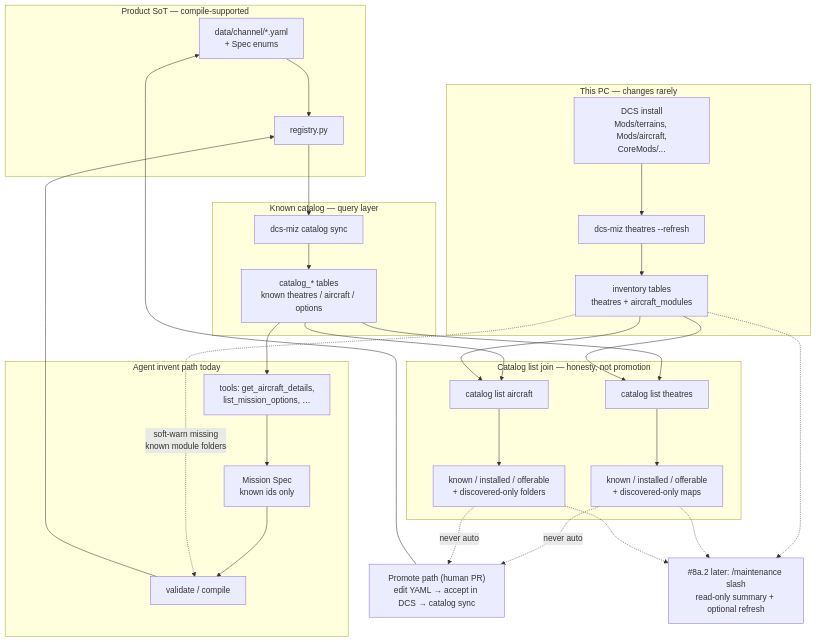
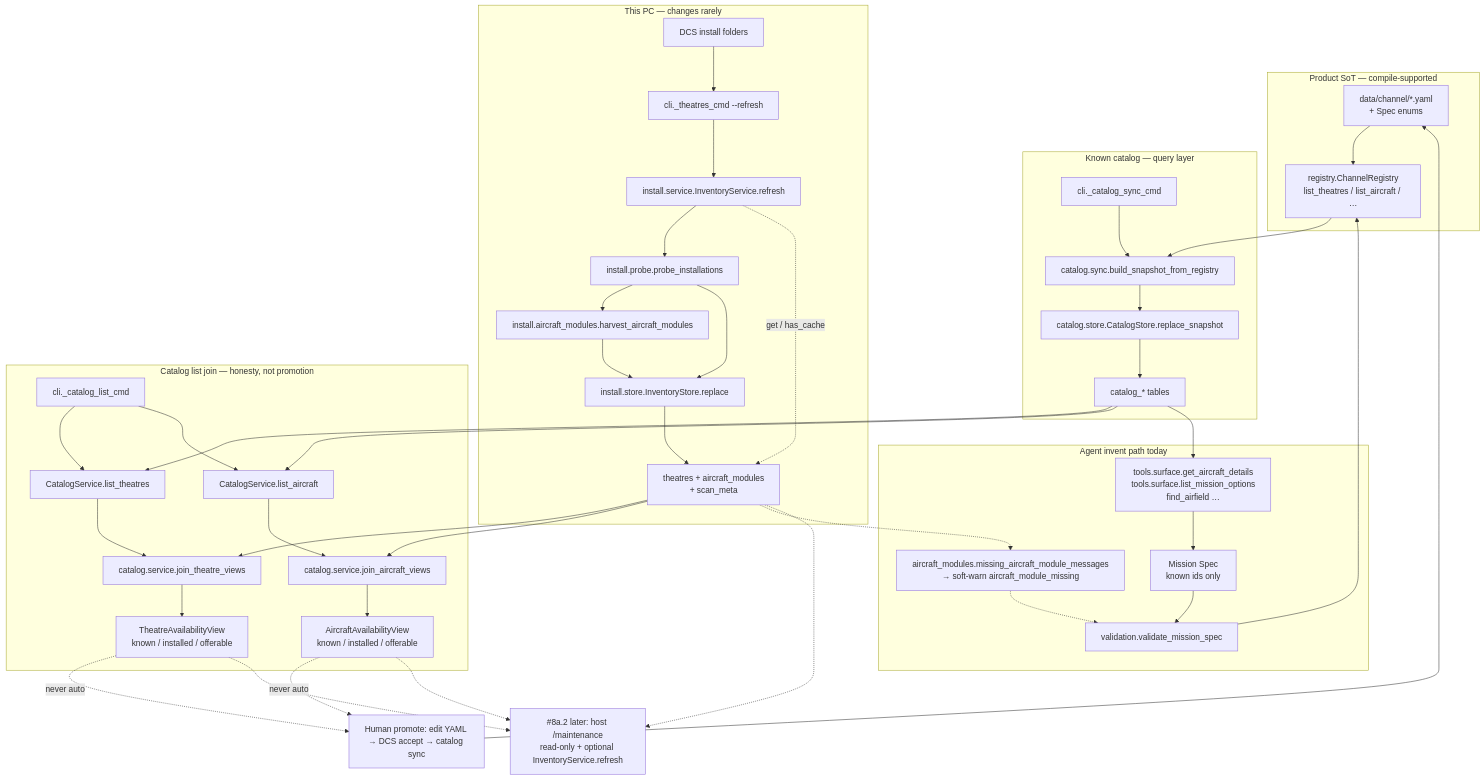
One commit to amalaguti/dcs-miz-planner-agentic changed the second of 2 diagrams in docs/ARCHITECTURE.md. Above: the diagram before and after it, drawn with Mermaid. The commit also changed other lines of this file, not shown here.

Commit message:
Map catalog-layer diagram nodes to module callables.
Add function-level labels in the mermaid chart and a concern-to-callable lookup table.

````diff
--- a/docs/ARCHITECTURE.md
+++ b/docs/ARCHITECTURE.md
@@ -131,51 +131,69 @@
 ```mermaid
 flowchart TB
     subgraph product ["Product SoT — compile-supported"]
         yaml["data/channel/*.yaml<br/>+ Spec enums"]
-        reg["registry.py"]
+        reg["registry.ChannelRegistry<br/>list_theatres / list_aircraft / …"]
         yaml --> reg
     end
 
     subgraph sync ["Known catalog — query layer"]
-        csync["dcs-miz catalog sync"]
-        ctab["catalog_* tables<br/>known theatres / aircraft / options"]
-        reg --> csync --> ctab
+        cliSync["cli._catalog_sync_cmd"]
+        build["catalog.sync.build_snapshot_from_registry"]
+        cstore["catalog.store.CatalogStore.replace_snapshot"]
+        ctab["catalog_* tables"]
+        cliSync --> build --> cstore --> ctab
+        reg --> build
     end
 
     subgraph disk ["This PC — changes rarely"]
-        dcs["DCS install<br/>Mods/terrains, Mods/aircraft,<br/>CoreMods/..."]
-        refresh["dcs-miz theatres --refresh"]
-        inv["inventory tables<br/>theatres + aircraft_modules"]
-        dcs --> refresh --> inv
+        dcs["DCS install folders"]
+        cliRef["cli._theatres_cmd --refresh"]
+        invSvc["install.service.InventoryService.refresh"]
+        probe["install.probe.probe_installations"]
+        harvest["install.aircraft_modules.harvest_aircraft_modules"]
+        istore["install.store.InventoryStore.replace"]
+        inv["theatres + aircraft_modules<br/>+ scan_meta"]
+        dcs --> cliRef --> invSvc --> probe
+        probe --> harvest
+        probe --> istore
+        harvest --> istore
+        istore --> inv
+        invSvc -.get / has_cache.-> inv
     end
 
     subgraph join ["Catalog list join — honesty, not promotion"]
-        listT["catalog list theatres"]
-        listA["catalog list aircraft"]
+        cliList["cli._catalog_list_cmd"]
+        listT["CatalogService.list_theatres"]
+        listA["CatalogService.list_aircraft"]
+        joinT["catalog.service.join_theatre_views"]
+        joinA["catalog.service.join_aircraft_views"]
+        flagsT["TheatreAvailabilityView<br/>known / installed / offerable"]
+        flagsA["AircraftAvailabilityView<br/>known / installed / offerable"]
+        cliList --> listT --> joinT --> flagsT
+        cliList --> listA --> joinA --> flagsA
         ctab --> listT
         ctab --> listA
-        inv --> listT
-        inv --> listA
-        listT --> flagsT["known / installed / offerable<br/>+ discovered-only maps"]
-        listA --> flagsA["known / installed / offerable<br/>+ discovered-only folders"]
+        inv --> joinT
+        inv --> joinA
     end
 
     subgraph agent ["Agent invent path today"]
-        tools["tools: get_aircraft_details,<br/>list_mission_options, …"]
+        tools["tools.surface.get_aircraft_details<br/>tools.surface.list_mission_options<br/>find_airfield …"]
         ctab --> tools
         tools --> spec["Mission Spec<br/>known ids only"]
-        spec --> validate["validate / compile"]
-        validate --> reg
-        inv -.soft-warn missing<br/>known module folders.-> validate
+        spec --> val["validation.validate_mission_spec"]
+        val --> reg
+        warn["aircraft_modules.missing_aircraft_module_messages<br/>→ soft-warn aircraft_module_missing"]
+        inv -.-> warn -.-> val
     end
 
-    promote["Promote path (human PR)<br/>edit YAML → accept in DCS → catalog sync"]
+    promote["Human promote: edit YAML → DCS accept → catalog sync"]
     flagsT -.->|never auto| promote
     flagsA -.->|never auto| promote
     promote --> yaml
 
-    maint["#8a.2 later: /maintenance slash<br/>read-only summary + optional refresh"]
+    maint["#8a.2 later: host /maintenance<br/>read-only + optional InventoryService.refresh"]
     inv -.-> maint
     flagsT -.-> maint
     flagsA -.-> maint
 ```
````
